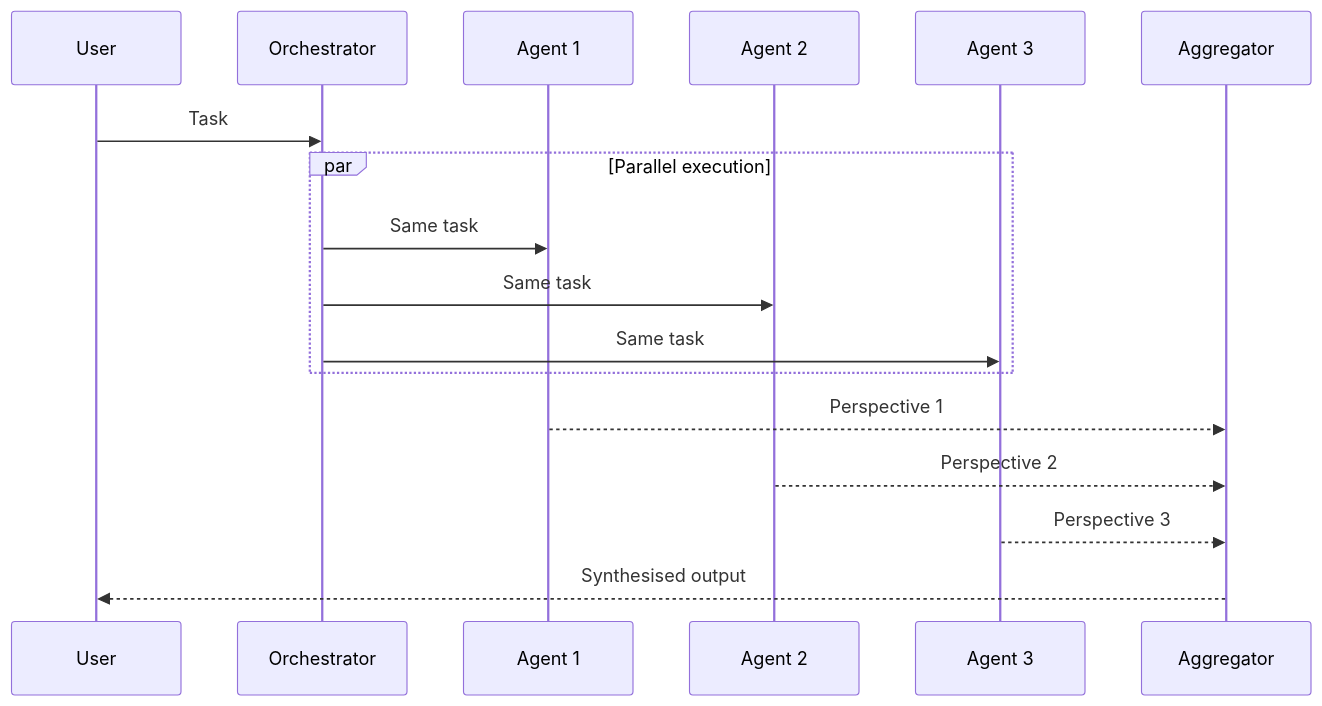
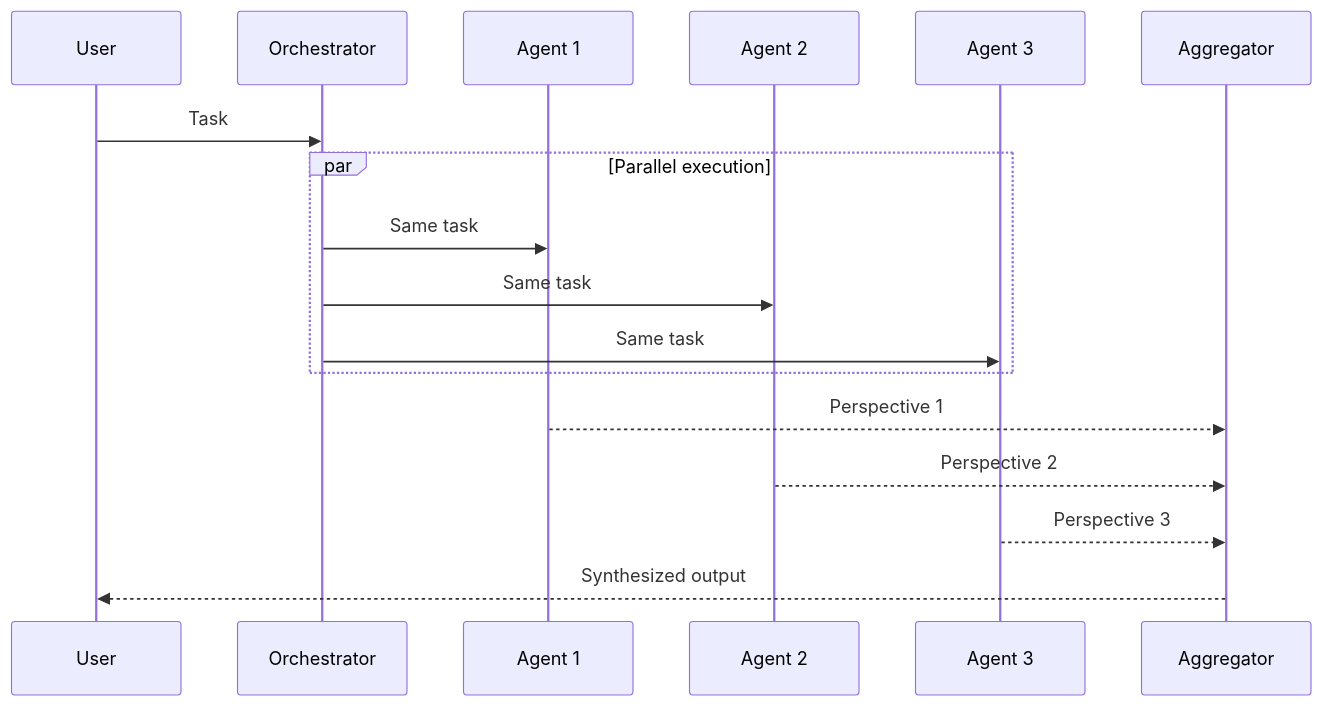
One commit to pyagent-core/pyagent changed the diagram in docs/packages/patterns/orchestration/fan-out-fan-in.md. Above: the diagram before and after it, drawn with Mermaid. The commit also changed other lines of this file and 135 other files, not shown here.

````diff
--- a/docs/packages/patterns/orchestration/fan-out-fan-in.md
+++ b/docs/packages/patterns/orchestration/fan-out-fan-in.md
@@ -12,20 +16,20 @@
 ```mermaid
 sequenceDiagram
     participant U as User
     participant O as Orchestrator
     participant A1 as Agent 1
     participant A2 as Agent 2
     participant A3 as Agent 3
     participant Agg as Aggregator
 
     U->>O: Task
     par Parallel execution
         O->>A1: Same task
         O->>A2: Same task
         O->>A3: Same task
     end
     A1-->>Agg: Perspective 1
     A2-->>Agg: Perspective 2
     A3-->>Agg: Perspective 3
-    Agg-->>U: Synthesised output
+    Agg-->>U: Synthesized output
 ```
````
